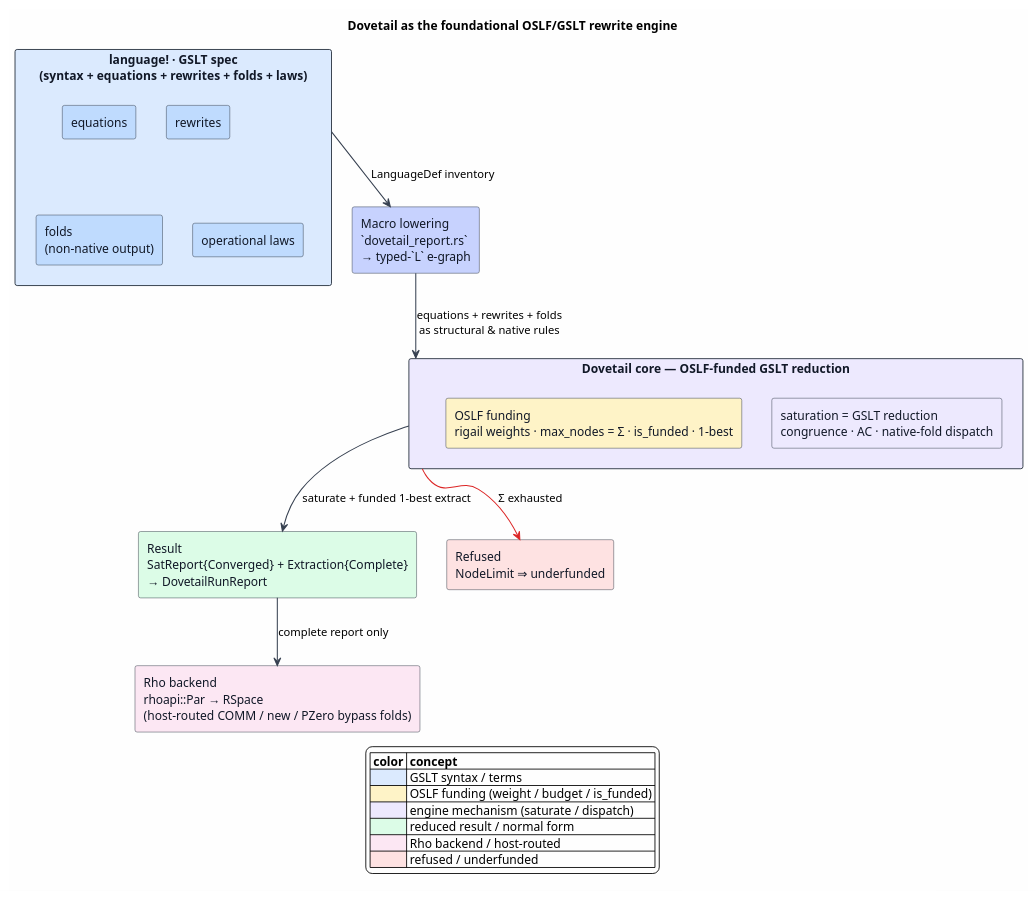
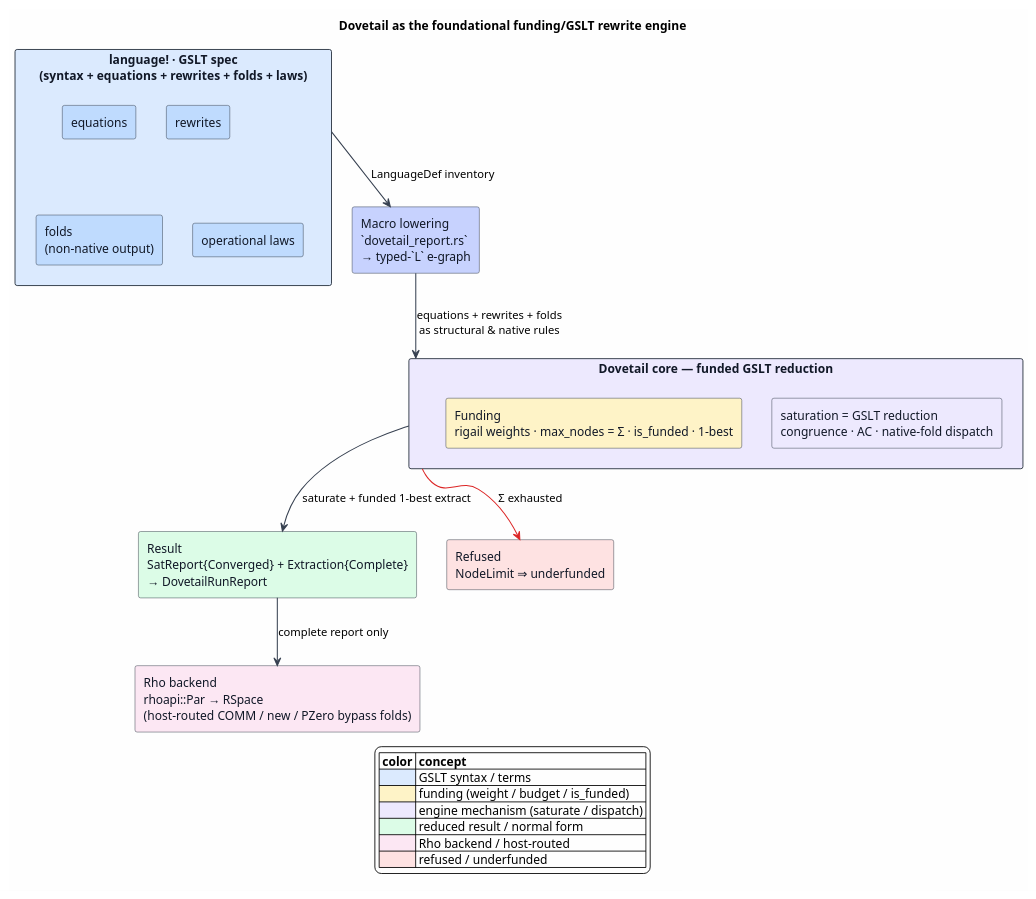
Before and after one commit to F1R3FLY-io/mettail-rust: the diagram in docs/design/dovetail-engine/figures/12-dovetail-oslf-gslt-engine.puml, drawn with PlantUML. The commit also changed other lines of this file and 90 other files, not shown here.

```diff
--- a/docs/design/dovetail-engine/figures/12-dovetail-oslf-gslt-engine.puml
+++ b/docs/design/dovetail-engine/figures/12-dovetail-oslf-gslt-engine.puml
@@ -3,47 +3,47 @@
 @startuml
-title Dovetail as the foundational OSLF/GSLT rewrite engine
+title Dovetail as the foundational funding/GSLT rewrite engine
 
 skinparam backgroundColor #FEFEFE
 skinparam shadowing false
 skinparam ArrowColor #374151
 skinparam ArrowThickness 1.2
 skinparam componentStyle rectangle
 skinparam rectangle {
   BorderColor #1F2937
   FontColor #111827
 }
 
 rectangle "language! · GSLT spec\n(syntax + equations + rewrites + folds + laws)" as GSLT #DBEAFE {
   rectangle "equations" as EQ #BFDBFE
   rectangle "rewrites" as RW #BFDBFE
   rectangle "folds\n(non-native output)" as FD #BFDBFE
   rectangle "operational laws" as OL #BFDBFE
 }
 
 rectangle "Macro lowering\n`dovetail_report.rs`\n→ typed-`L` e-graph" as LOWER #C7D2FE
 
-rectangle "Dovetail core — OSLF-funded GSLT reduction" as CORE #EDE9FE {
+rectangle "Dovetail core — funded GSLT reduction" as CORE #EDE9FE {
   rectangle "saturation = GSLT reduction\ncongruence · AC · native-fold dispatch" as SAT #EDE9FE
-  rectangle "OSLF funding\nrigail weights · max_nodes = Σ · is_funded · 1-best" as FUND #FEF3C7
+  rectangle "Funding\nrigail weights · max_nodes = Σ · is_funded · 1-best" as FUND #FEF3C7
 }
 
 rectangle "Result\nSatReport{Converged} + Extraction{Complete}\n→ DovetailRunReport" as RESULT #DCFCE7
 rectangle "Rho backend\nrhoapi::Par → RSpace\n(host-routed COMM / new / PZero bypass folds)" as RHO #FCE7F3
 rectangle "Refused\nNodeLimit ⇒ underfunded" as REF #FEE2E2
 
 GSLT --> LOWER : LanguageDef inventory
 LOWER --> CORE : equations + rewrites + folds\nas structural & native rules
 CORE --> RESULT : saturate + funded 1-best extract
 RESULT --> RHO : complete report only
 CORE -[#DC2626]-> REF : Σ exhausted
 
 legend bottom
   |= color |= concept |
   |<#DBEAFE>| GSLT syntax / terms |
-  |<#FEF3C7>| OSLF funding (weight / budget / is_funded) |
+  |<#FEF3C7>| funding (weight / budget / is_funded) |
   |<#EDE9FE>| engine mechanism (saturate / dispatch) |
   |<#DCFCE7>| reduced result / normal form |
   |<#FCE7F3>| Rho backend / host-routed |
   |<#FEE2E2>| refused / underfunded |
 endlegend
 @enduml
```
